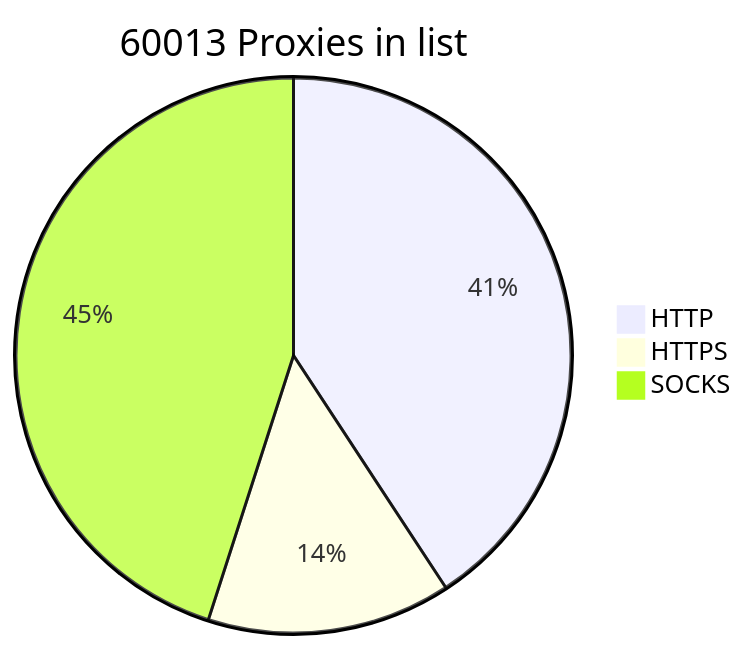
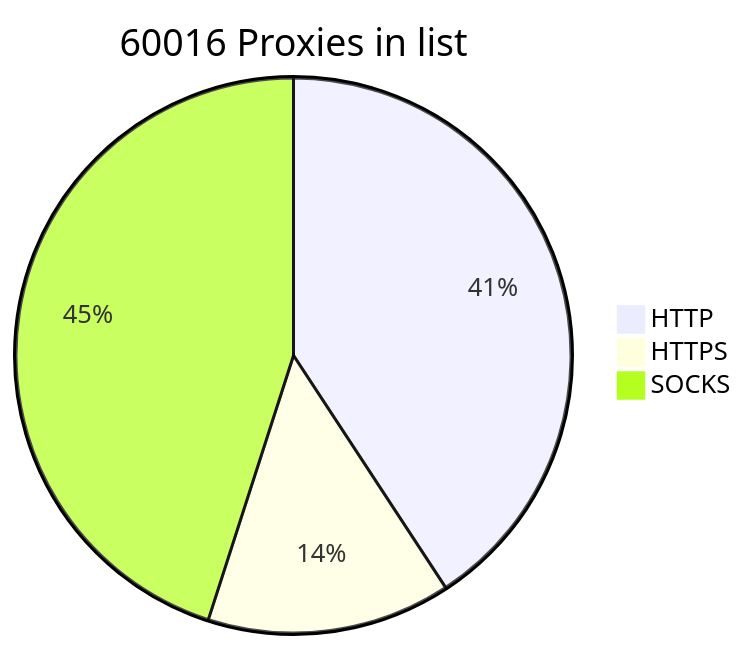
Before and after one commit to BlackSnowDot/proxylist-update-every-minute: the diagram in README.md, drawn with Mermaid.

````diff
--- a/README.md
+++ b/README.md
@@ -2,6 +2,6 @@
 ```mermaid
-pie title 60013 Proxies in list
-    "HTTP" : 27660
-    "HTTPS": 9638
+pie title 60016 Proxies in list
+    "HTTP" : 27664
+    "HTTPS": 9639
     "SOCKS" : 30563
 ```
````
